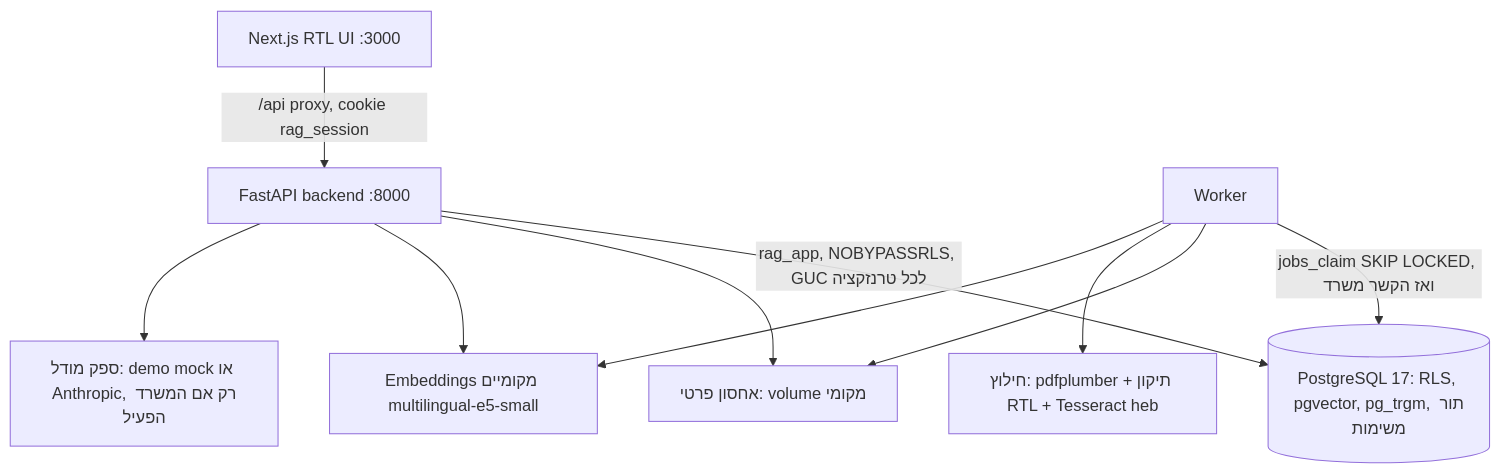
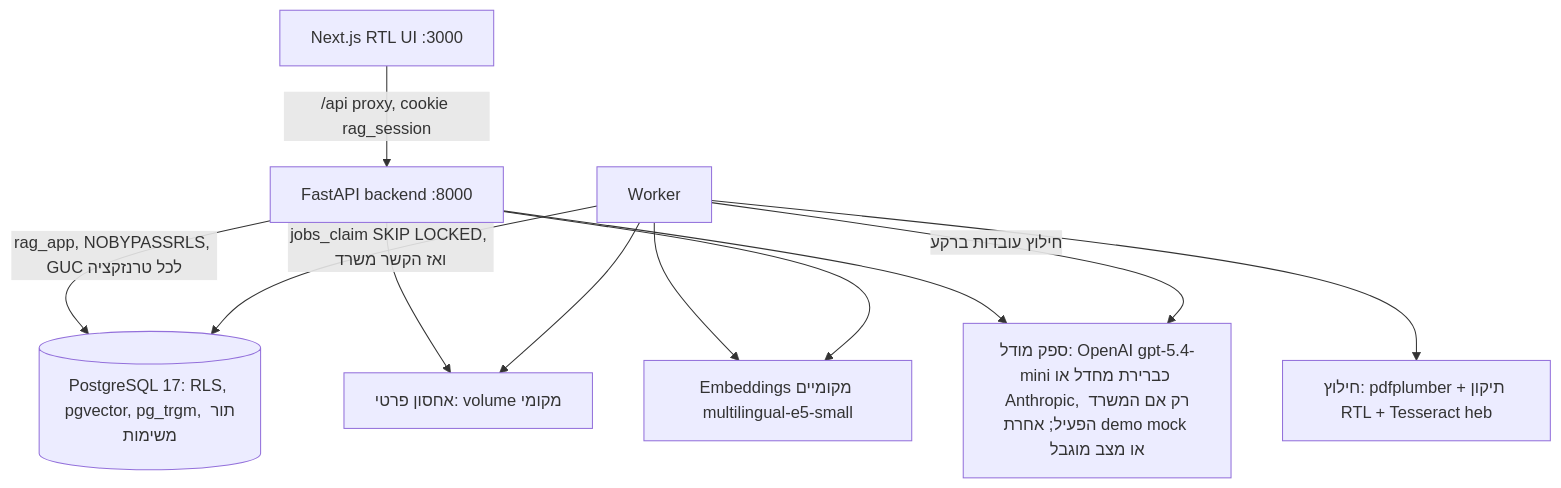
One commit to AriGabay/rag changed the first of 3 diagrams in docs/architecture.md. Above: the diagram before and after it, drawn with Mermaid. The commit also changed other lines of this file and 12 other files, not shown here.

````diff
--- a/docs/architecture.md
+++ b/docs/architecture.md
@@ -7,12 +7,13 @@
 ```mermaid
 flowchart TB
   UI[Next.js RTL UI :3000] -->|/api proxy, cookie rag_session| API[FastAPI backend :8000]
   API -->|rag_app, NOBYPASSRLS, GUC לכל טרנזקציה| DB[(PostgreSQL 17: RLS, pgvector, pg_trgm, תור משימות)]
   API --> ST[אחסון פרטי: volume מקומי]
   WK[Worker] -->|jobs_claim SKIP LOCKED, ואז הקשר משרד| DB
   WK --> ST
   WK --> EX[חילוץ: pdfplumber + תיקון RTL + Tesseract heb]
   WK --> EMB[Embeddings מקומיים multilingual-e5-small]
   API --> EMB
-  API --> LLM[ספק מודל: demo mock או Anthropic, רק אם המשרד הפעיל]
+  API --> LLM[ספק מודל: OpenAI gpt-5.4-mini כברירת מחדל או Anthropic, רק אם המשרד הפעיל; אחרת demo mock או מצב מוגבל]
+  WK -->|חילוץ עובדות ברקע| LLM
 ```
````
